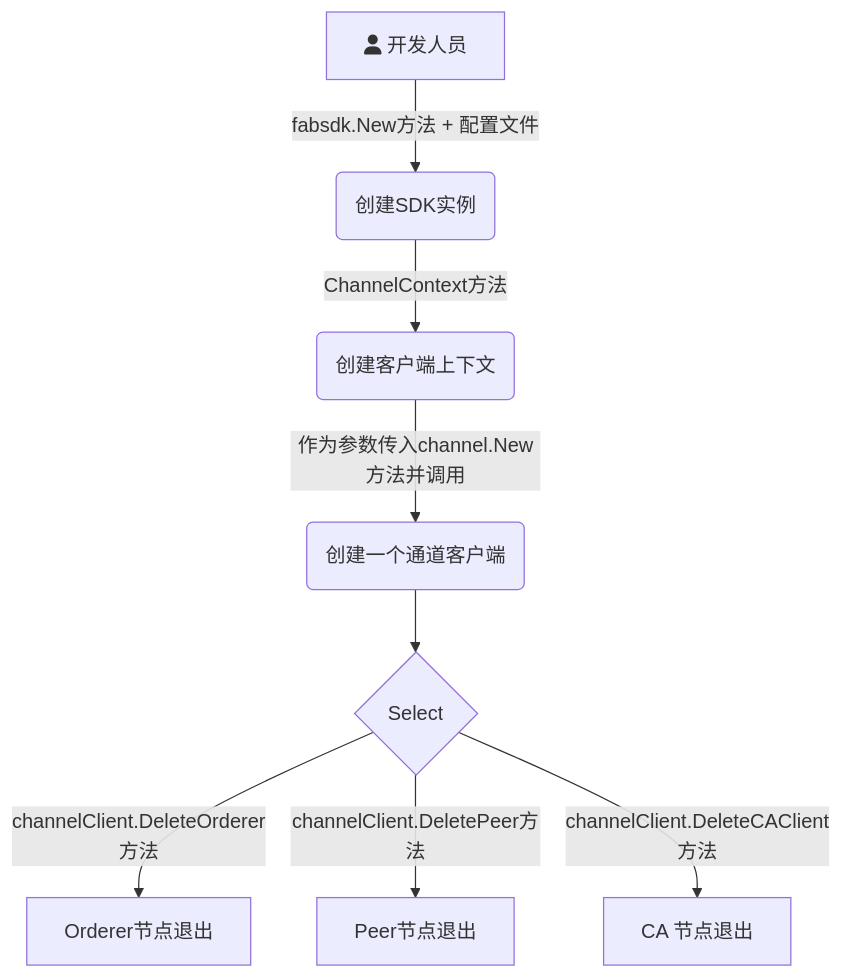
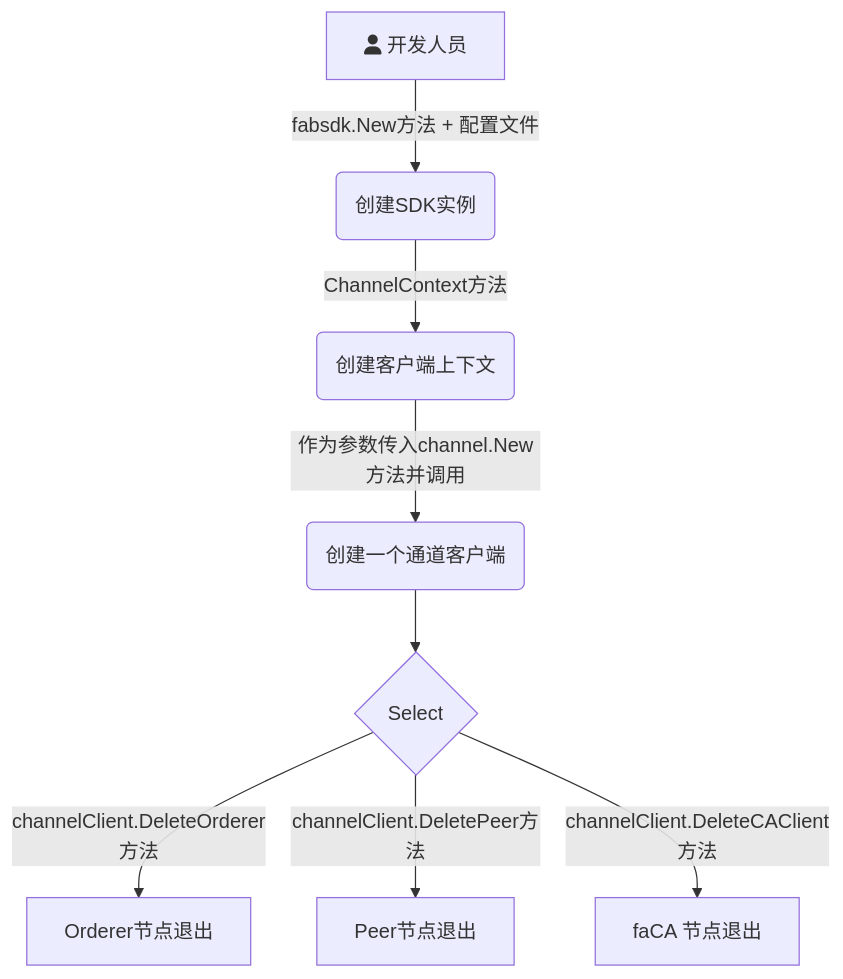
The diagram in all/未命名.md (Utekichan/iodraw-files), drawn with Mermaid before and after one commit.

Commit message:
2024-03-30 22:24:32 update

````diff
--- a/all/未命名.md
+++ b/all/未命名.md
@@ -1,11 +1,11 @@
 ```mermaid
 graph TD
     A[fa:fa-user 开发人员] -->|fabsdk.New方法 + 配置文件| B(创建SDK实例)
     B-->|ChannelContext方法| C(创建客户端上下文)
     C-->|作为参数传入channel.New方法并调用| D(创建一个通道客户端)
     D --> E{Select}
     E -->|channelClient.DeleteOrderer方法| F[Orderer节点退出]
     E -->|channelClient.DeletePeer方法| G[Peer节点退出]
-    E -->|channelClient.DeleteCAClient方法| H[CA 节点退出]
+    E -->|channelClient.DeleteCAClient方法| H[faCA 节点退出]
   
 ```
````
